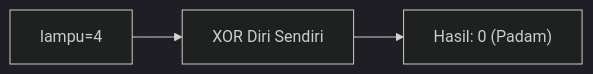
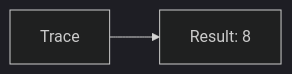
One commit to amnahwaida/OSNK_INF_PREP changed the ninth of 25 diagrams in part-c-pemahaman-cpp/06-bitwise/latihan/set-12.md. Above: the diagram before and after it, drawn with Mermaid (dark theme). The commit also changed other lines of this file and 71 other files, not shown here.

````diff
--- a/part-c-pemahaman-cpp/06-bitwise/latihan/set-12.md
+++ b/part-c-pemahaman-cpp/06-bitwise/latihan/set-12.md
@@ -238,5 +190,4 @@
 ```mermaid
 graph LR
-A["lampu=4"] --> B["XOR Diri Sendiri"]
-B --> C["Hasil: 0 (Padam)"]
+A[Trace] --> B[Result: 8]
 ```
````
